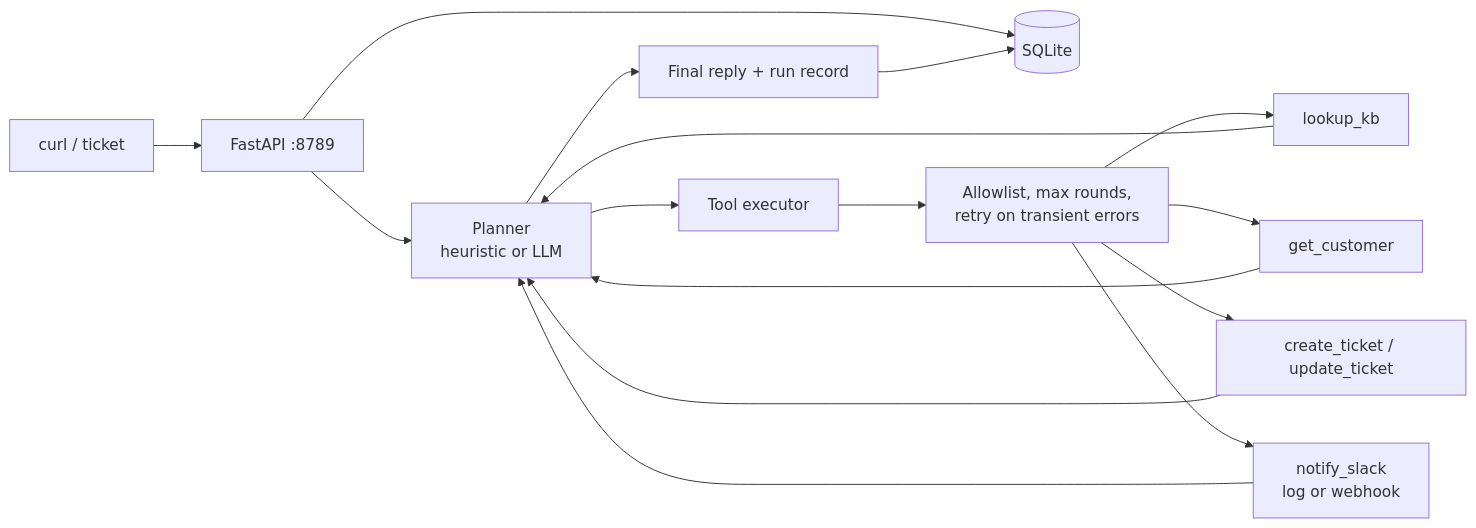
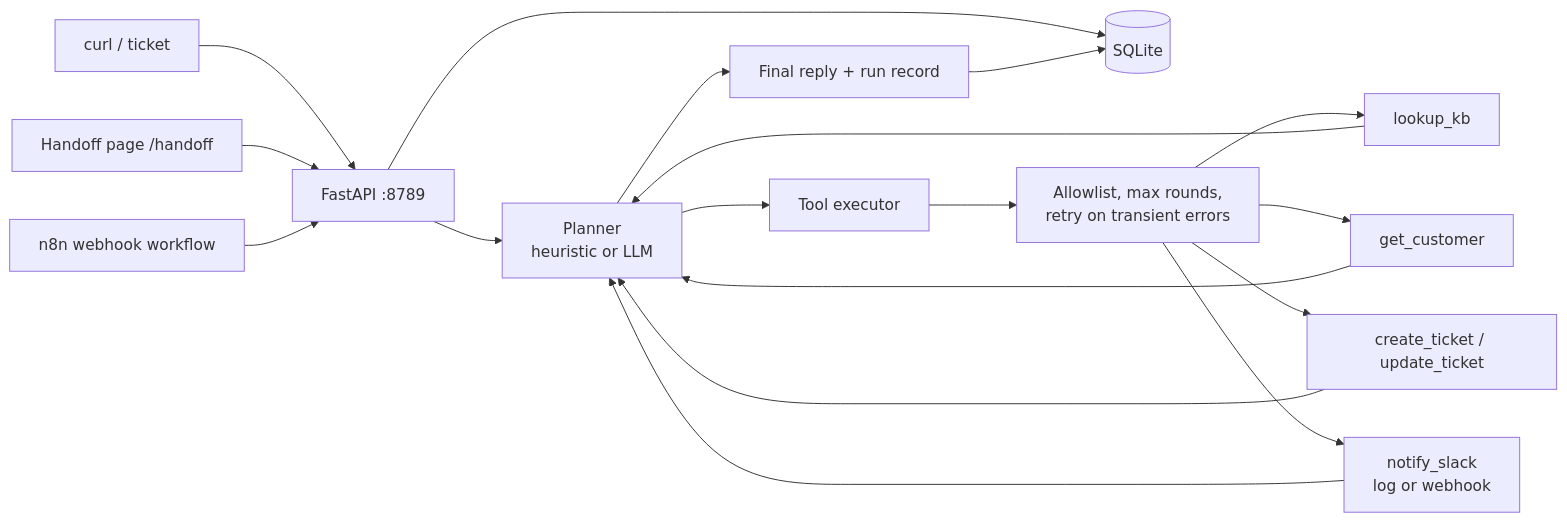
Before and after one commit to Birra3324/customer-operations-agent: the diagram in README.md, drawn with Mermaid. The commit also changed other lines of this file and 31 other files, not shown here.

First line of the commit message:
Add human handoff desk and n8n bridge for days 22-25 (#2)

````diff
--- a/README.md
+++ b/README.md
@@ -21,18 +21,20 @@
 ```mermaid
 flowchart LR
   Client["curl / ticket"] --> API["FastAPI :8789"]
   API --> DB[("SQLite")]
   API --> Planner["Planner\nheuristic or LLM"]
   Planner --> Exec["Tool executor"]
   Exec --> Guard["Allowlist, max rounds,\nretry on transient errors"]
   Guard --> KB["lookup_kb"]
   Guard --> CRM["get_customer"]
   Guard --> Tix["create_ticket / update_ticket"]
   Guard --> Slack["notify_slack\nlog or webhook"]
   KB --> Planner
   CRM --> Planner
   Tix --> Planner
   Slack --> Planner
   Planner --> Reply["Final reply + run record"]
   Reply --> DB
+  Desk["Handoff page /handoff"] --> API
+  N8n["n8n webhook workflow"] --> API
 ```
````
